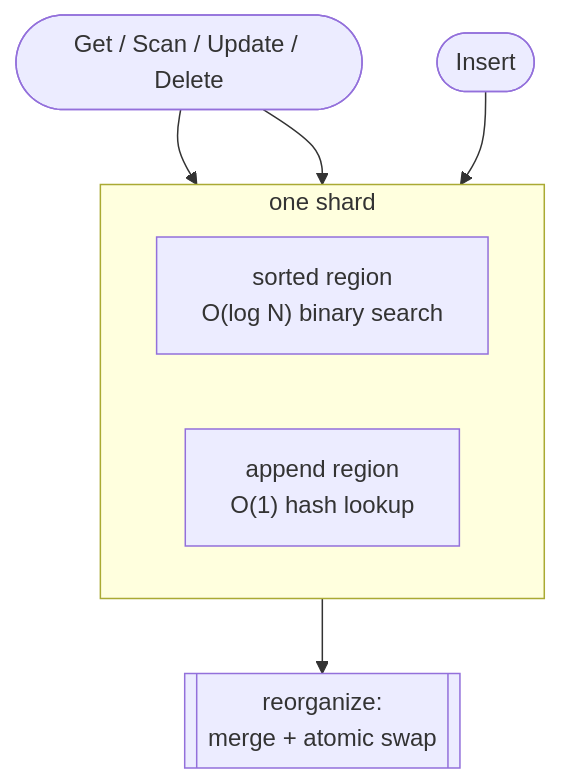
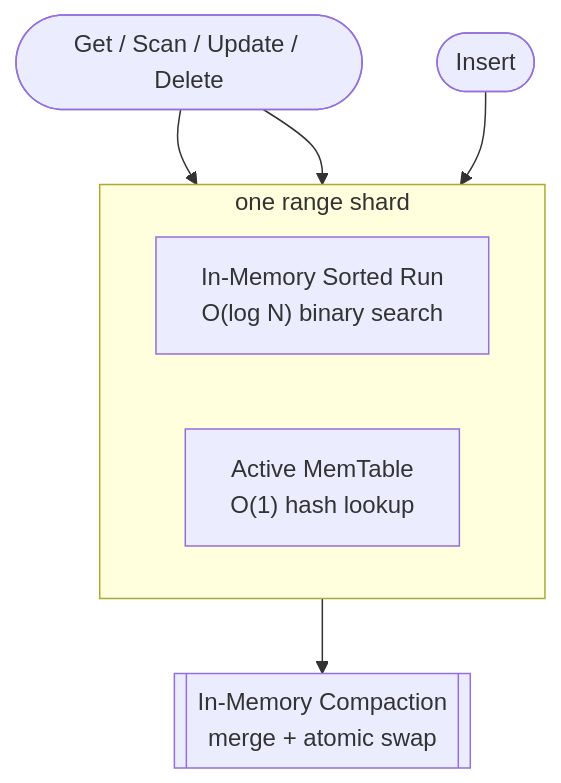
One commit to LineairDB/vmemkv changed the first of 2 diagrams in docs/specification/high_level_design.md. Above: the diagram before and after it, drawn with Mermaid. The commit also changed other lines of this file and 29 other files, not shown here.

````diff
--- a/docs/specification/high_level_design.md
+++ b/docs/specification/high_level_design.md
@@ -37,11 +37,11 @@
 ```mermaid
 flowchart TB
-    subgraph R["one shard"]
+    subgraph R["one range shard"]
         direction LR
-        S["sorted region\nO(log N) binary search"]
-        A["append region\nO(1) hash lookup"]
+        S["In-Memory Sorted Run\nO(log N) binary search"]
+        A["Active MemTable\nO(1) hash lookup"]
     end
     G([Get / Scan / Update / Delete]) --> S & A
     I([Insert]) --> A
-    A --> RG[[reorganize:\nmerge + atomic swap]]
+    A --> RG[[In-Memory Compaction\nmerge + atomic swap]]
 ```
````
